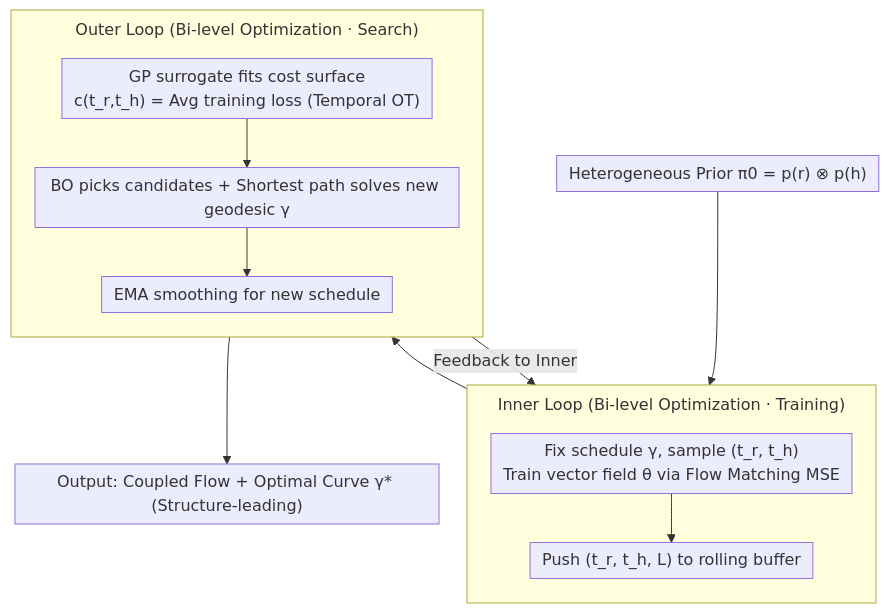
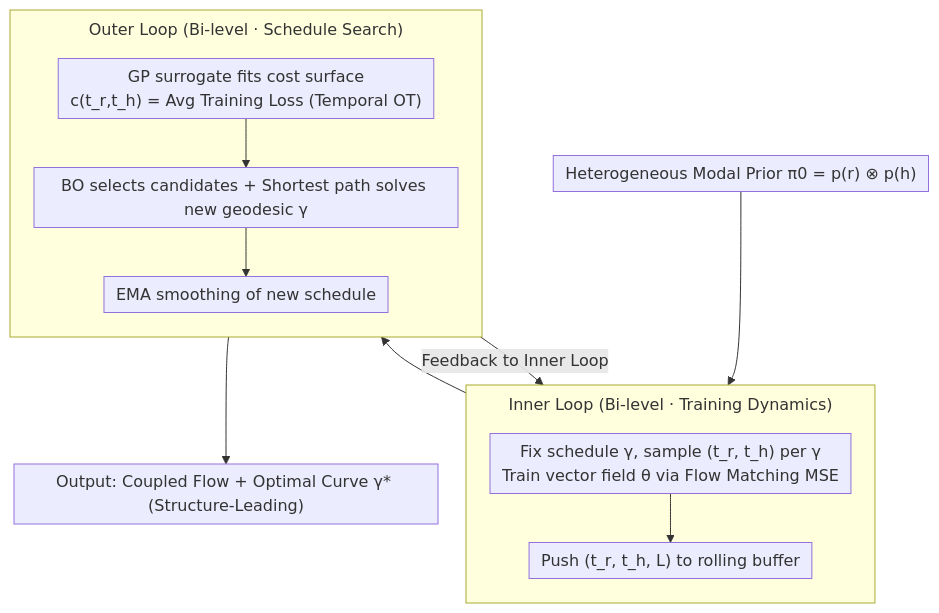
The diagram in docs/ICML2026/computational_biology/demystifying_multimodal_biomolecular_co-design_with_intrinsic_geodesic_coupling.md (zhaoyang97/Paper-Notes-en), drawn with Mermaid before and after one commit. The commit also changed other lines of this file and 5084 other files, not shown here.

````diff
--- a/docs/ICML2026/computational_biology/demystifying_multimodal_biomolecular_co-design_with_intrinsic_geodesic_coupling.md
+++ b/docs/ICML2026/computational_biology/demystifying_multimodal_biomolecular_co-design_with_intrinsic_geodesic_coupling.md
@@ -42,17 +42,17 @@
 ```mermaid
 %%{init: {'flowchart': {'rankSpacing': 24, 'nodeSpacing': 28, 'padding': 6, 'wrappingWidth': 400, 'subGraphTitleMargin': {'top': 8, 'bottom': 16}}}}%%
 flowchart TD
-    A["Heterogeneous Prior π0 = p(r) ⊗ p(h)"] --> B
-    subgraph IN["Inner Loop (Bi-level Optimization · Training)"]
+    A["Heterogeneous Modal Prior π0 = p(r) ⊗ p(h)"] --> B
+    subgraph IN["Inner Loop (Bi-level · Training Dynamics)"]
         direction TB
-        B["Fix schedule γ, sample (t_r, t_h)<br/>Train vector field θ via Flow Matching MSE"] --> C["Push (t_r, t_h, L) to rolling buffer"]
+        B["Fix schedule γ, sample (t_r, t_h) per γ<br/>Train vector field θ via Flow Matching MSE"] --> C["Push (t_r, t_h, L) to rolling buffer"]
     end
     C --> D
-    subgraph OUT["Outer Loop (Bi-level Optimization · Search)"]
+    subgraph OUT["Outer Loop (Bi-level · Schedule Search)"]
         direction TB
-        D["GP surrogate fits cost surface<br/>c(t_r,t_h) = Avg training loss (Temporal OT)"] --> E["BO picks candidates + Shortest path solves new geodesic γ"]
-        E --> F["EMA smoothing for new schedule"]
+        D["GP surrogate fits cost surface<br/>c(t_r,t_h) = Avg Training Loss (Temporal OT)"] --> E["BO selects candidates + Shortest path solves new geodesic γ"]
+        E --> F["EMA smoothing of new schedule"]
     end
-    F -->|"Feedback to Inner"| B
-    F --> G["Output: Coupled Flow + Optimal Curve γ* (Structure-leading)"]
+    F -->|"Feedback to Inner Loop"| B
+    F --> G["Output: Coupled Flow + Optimal Curve γ* (Structure-Leading)"]
 ```
````
